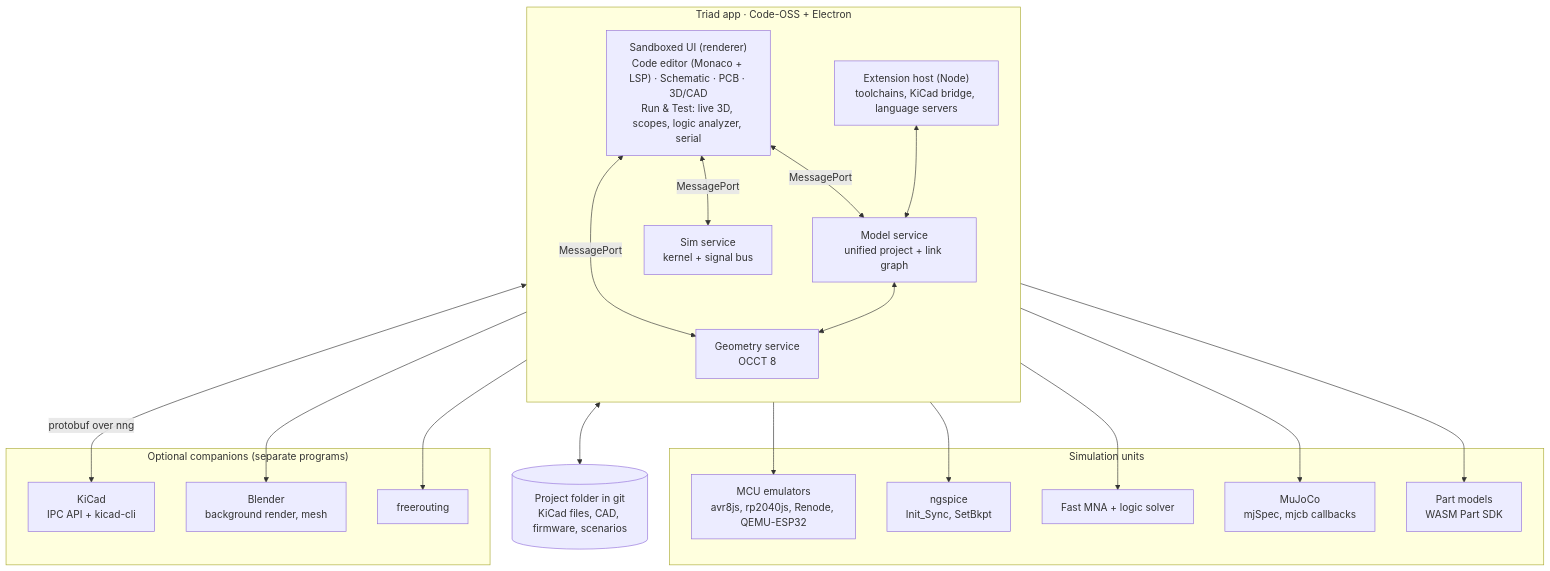
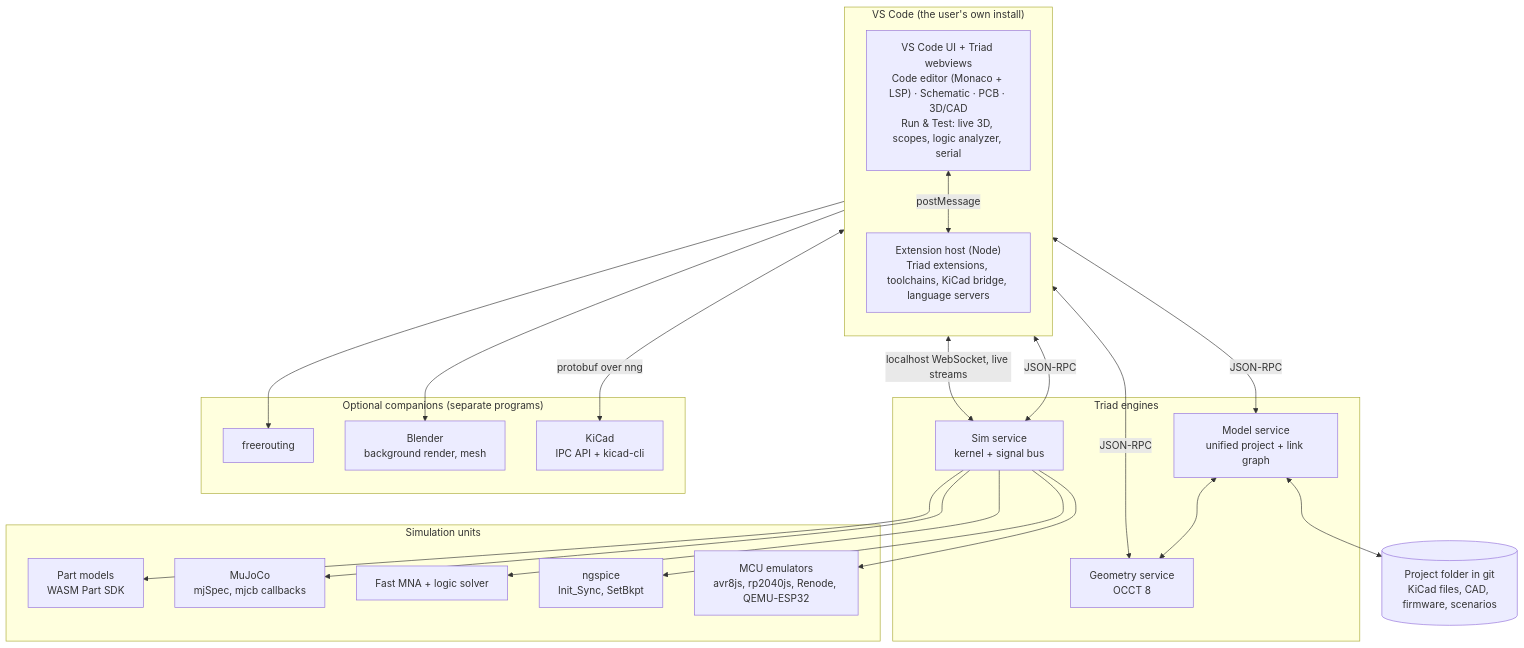
The first of 3 diagrams in docs/PLAN.md (NoboIshraque/triage), drawn with Mermaid before and after one commit. The commit also changed other lines of this file and 5 other files, not shown here.

First line of the commit message:
docs: run Triad inside VS Code as extensions (ADR 0001)

````diff
--- a/docs/PLAN.md
+++ b/docs/PLAN.md
@@ -132,34 +136,37 @@
 ```mermaid
 flowchart TB
-  subgraph APP["Triad app · Code-OSS + Electron"]
+  subgraph VSC["VS Code (the user's own install)"]
     direction TB
-    UI["Sandboxed UI (renderer)<br/>Code editor (Monaco + LSP) · Schematic · PCB · 3D/CAD<br/>Run & Test: live 3D, scopes, logic analyzer, serial"]
-    EXT["Extension host (Node)<br/>toolchains, KiCad bridge, language servers"]
+    UI["VS Code UI + Triad webviews<br/>Code editor (Monaco + LSP) · Schematic · PCB · 3D/CAD<br/>Run & Test: live 3D, scopes, logic analyzer, serial"]
+    EXT["Extension host (Node)<br/>Triad extensions, toolchains, KiCad bridge, language servers"]
+  end
+  subgraph ENG["Triad engines"]
     MODEL["Model service<br/>unified project + link graph"]
     GEOM["Geometry service<br/>OCCT 8"]
     SIM["Sim service<br/>kernel + signal bus"]
   end
   subgraph UNITS["Simulation units"]
     MCU["MCU emulators<br/>avr8js, rp2040js, Renode, QEMU-ESP32"]
     SPICE["ngspice<br/>Init_Sync, SetBkpt"]
     FAST["Fast MNA + logic solver"]
     PHYS["MuJoCo<br/>mjSpec, mjcb callbacks"]
     PARTS["Part models<br/>WASM Part SDK"]
   end
   subgraph SIDE["Optional companions (separate programs)"]
     KICAD["KiCad<br/>IPC API + kicad-cli"]
     BLENDER["Blender<br/>background render, mesh"]
     FREE["freerouting"]
   end
   FILES[("Project folder in git<br/>KiCad files, CAD, firmware, scenarios")]
-  UI <-->|MessagePort| MODEL
-  UI <-->|MessagePort| SIM
-  UI <-->|MessagePort| GEOM
-  EXT <--> MODEL
+  UI <-->|postMessage| EXT
+  EXT <-->|JSON-RPC| MODEL
+  EXT <-->|JSON-RPC| GEOM
+  EXT <-->|JSON-RPC| SIM
+  UI <-->|"localhost WebSocket, live streams"| SIM
   MODEL <--> FILES
   MODEL <--> GEOM
   SIM --> MCU & SPICE & FAST & PHYS & PARTS
   EXT <-->|protobuf over nng| KICAD
   EXT --> BLENDER
   EXT --> FREE
 ```
````
